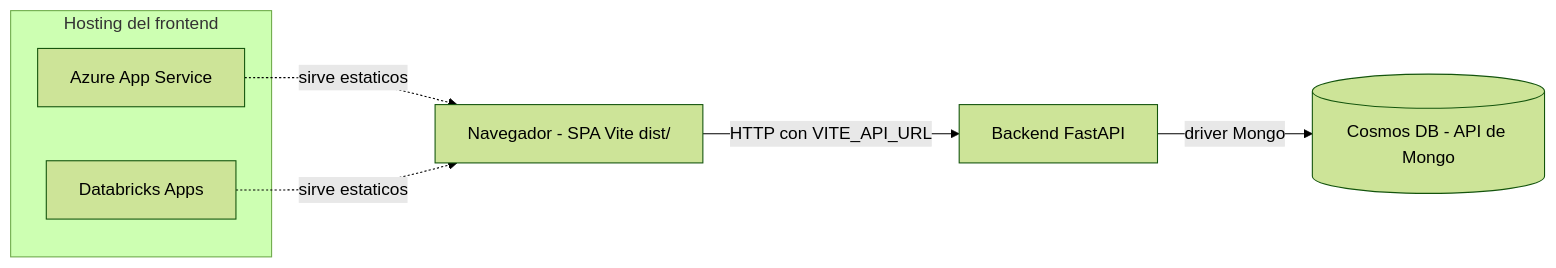
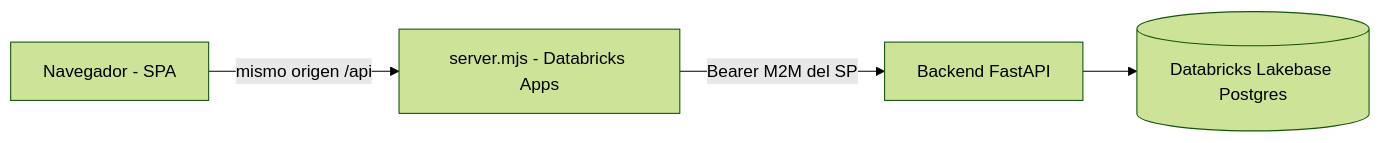
One commit to Carlosmps97/web-data-model-hub changed the fourth of 4 diagrams in doc/testing.md. Above: the diagram before and after it, drawn with Mermaid (forest theme). The commit also changed other lines of this file and 8 other files, not shown here.

````diff
--- a/doc/testing.md
+++ b/doc/testing.md
@@ -508,11 +510,6 @@
 ```mermaid
 flowchart LR
-    B[Navegador - SPA Vite dist/] -->|HTTP con VITE_API_URL| API[Backend FastAPI]
-    API -->|driver Mongo| DB[(Cosmos DB - API de Mongo)]
-    subgraph Hosting del frontend
-      H1[Azure App Service]
-      H2[Databricks Apps]
-    end
-    H1 -. sirve estaticos .-> B
-    H2 -. sirve estaticos .-> B
+    B[Navegador - SPA] -->|mismo origen /api| S[server.mjs - Databricks Apps]
+    S -->|Bearer M2M del SP| API[Backend FastAPI]
+    API --> DB[(Databricks Lakebase Postgres)]
 ```
````
